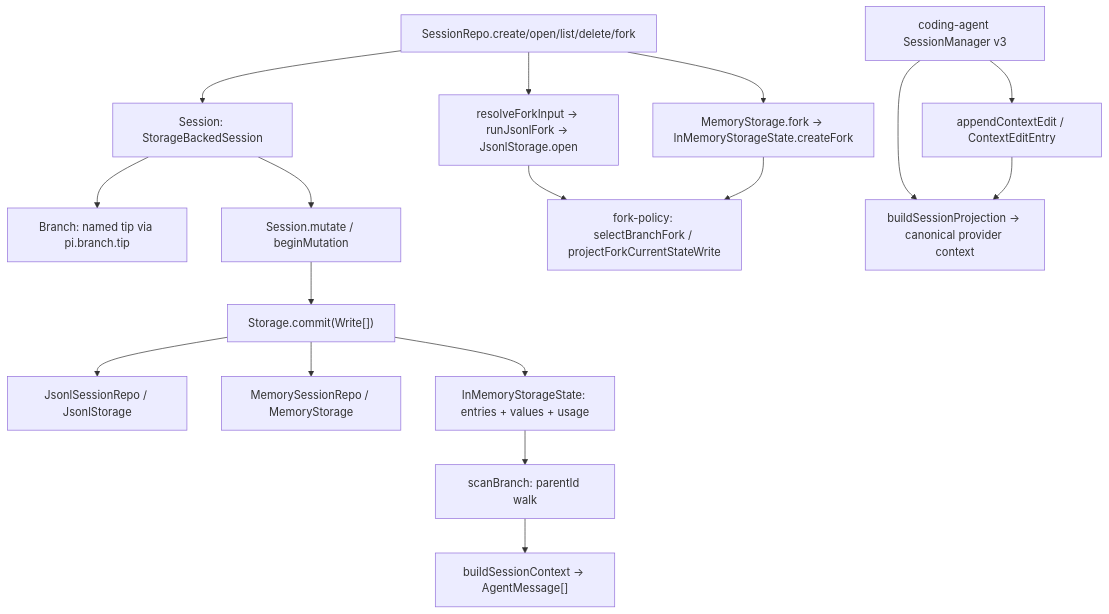
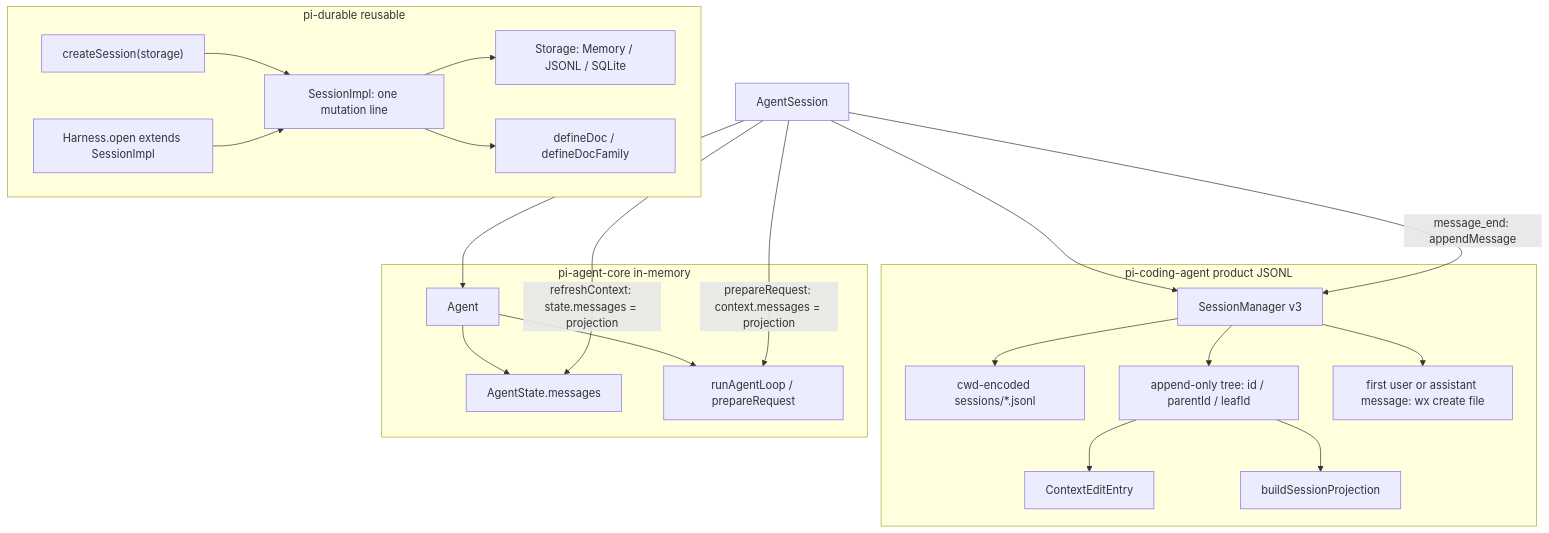
Before and after one commit to wdnmdtonyma/SOTA-Agent-LLM-Wiki: the diagram in docs/llm-wiki/pi/spine/session-state-model.md, drawn with Mermaid. The commit also changed other lines of this file and 246 other files, not shown here.

````diff
--- a/docs/llm-wiki/pi/spine/session-state-model.md
+++ b/docs/llm-wiki/pi/spine/session-state-model.md
@@ -69,19 +68,39 @@
 ```mermaid
 flowchart TD
- Repo["SessionRepo.create/open/list/delete/fork"] --> Sess["Session: StorageBackedSession"]
- Sess --> Branch["Branch: named tip via pi.branch.tip"]
- Sess --> Mut["Session.mutate / beginMutation"]
- Mut --> Store["Storage.commit(Write[])"]
- Store --> Jsonl["JsonlSessionRepo / JsonlStorage"]
- Store --> Mem["MemorySessionRepo / MemoryStorage"]
- Store --> State["InMemoryStorageState: entries + values + usage"]
- Repo --> JsonlFork["resolveForkInput -> runJsonlFork -> JsonlStorage.open"]
- Repo --> MemFork["MemoryStorage.fork -> InMemoryStorageState.createFork"]
- JsonlFork --> Policy["fork-policy: selectBranchFork / projectForkCurrentStateWrite"]
- MemFork --> Policy
- State --> Walk["scanBranch: parentId walk"]
- Walk --> Ctx["buildSessionContext -> AgentMessage[]"]
- CA["coding-agent SessionManager v3"] --> Edit["appendContextEdit / ContextEditEntry"]
- CA --> ProductCtx["buildSessionProjection -> canonical provider context"]
- Edit --> ProductCtx
+  subgraph Product["pi-coding-agent product JSONL"]
+    SM["SessionManager v3"]
+    File["cwd-encoded sessions/*.jsonl"]
+    Tree["append-only tree: id / parentId / leafId"]
+    Edit["ContextEditEntry"]
+    Proj["buildSessionProjection"]
+    SM --> File
+    SM --> Tree
+    Tree --> Edit
+    Tree --> Proj
+    First["first user or assistant message: wx create file"]
+    SM --> First
+  end
+  subgraph Core["pi-agent-core in-memory"]
+    Ag["Agent"]
+    St["AgentState.messages"]
+    Loop["runAgentLoop / prepareRequest"]
+    Ag --> St
+    Ag --> Loop
+  end
+  subgraph Durable["pi-durable reusable"]
+    CS["createSession(storage)"]
+    SI["SessionImpl: one mutation line"]
+    Docs["defineDoc / defineDocFamily"]
+    Store["Storage: Memory / JSONL / SQLite"]
+    H["Harness.open extends SessionImpl"]
+    CS --> SI
+    SI --> Store
+    SI --> Docs
+    H --> SI
+  end
+  AS["AgentSession"] --> SM
+  AS --> Ag
+  AS -->|"message_end: appendMessage"| SM
+  AS -->|"prepareRequest: context.messages = projection"| Loop
+  AS -->|"refreshContext: state.messages = projection"| St
 ```
````
